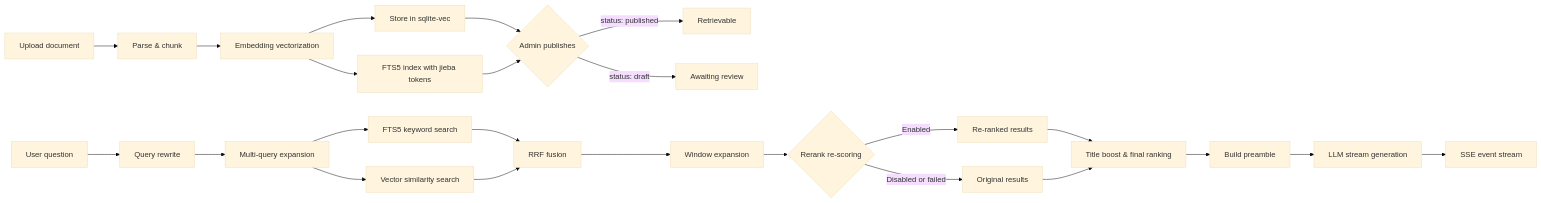
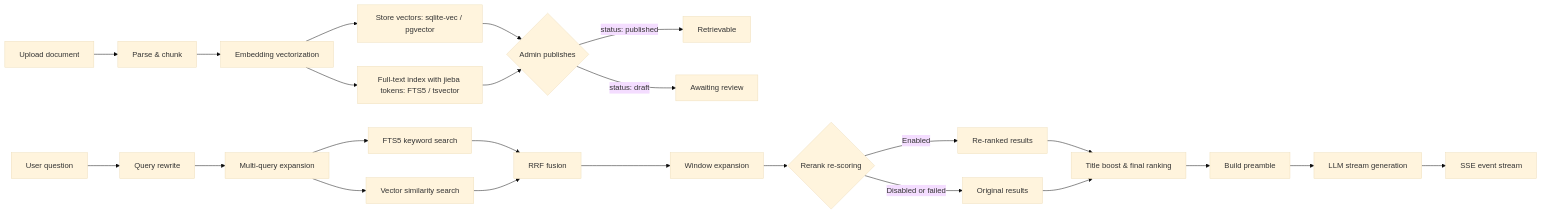
The diagram in docs-web/content/docs/architecture.mdx (timzaak/rwiki), drawn with Mermaid (base theme) before and after one commit. The commit also changed other lines of this file and 9 other files, not shown here.

````diff
--- a/docs-web/content/docs/architecture.mdx
+++ b/docs-web/content/docs/architecture.mdx
@@ -22,27 +22,27 @@
 ```mermaid
 flowchart LR
     A[Upload document] --> B[Parse & chunk]
     B --> C[Embedding vectorization]
-    C --> D[Store in sqlite-vec]
-    C --> E[FTS5 index with jieba tokens]
+    C --> D[Store vectors: sqlite-vec / pgvector]
+    C --> E[Full-text index with jieba tokens: FTS5 / tsvector]
     D --> F{Admin publishes}
     E --> F
     F -->|status: published| G[Retrievable]
     F -->|status: draft| H[Awaiting review]
 
     I[User question] --> J[Query rewrite]
     J --> K[Multi-query expansion]
     K --> L1[FTS5 keyword search]
     K --> L2[Vector similarity search]
     L1 --> M[RRF fusion]
     L2 --> M
     M --> N[Window expansion]
     N --> R{Rerank re-scoring}
     R -->|Enabled| S[Re-ranked results]
     R -->|Disabled or failed| T[Original results]
     S --> U[Title boost & final ranking]
     T --> U
     U --> O[Build preamble]
     O --> P[LLM stream generation]
     P --> Q[SSE event stream]
 ```
````
